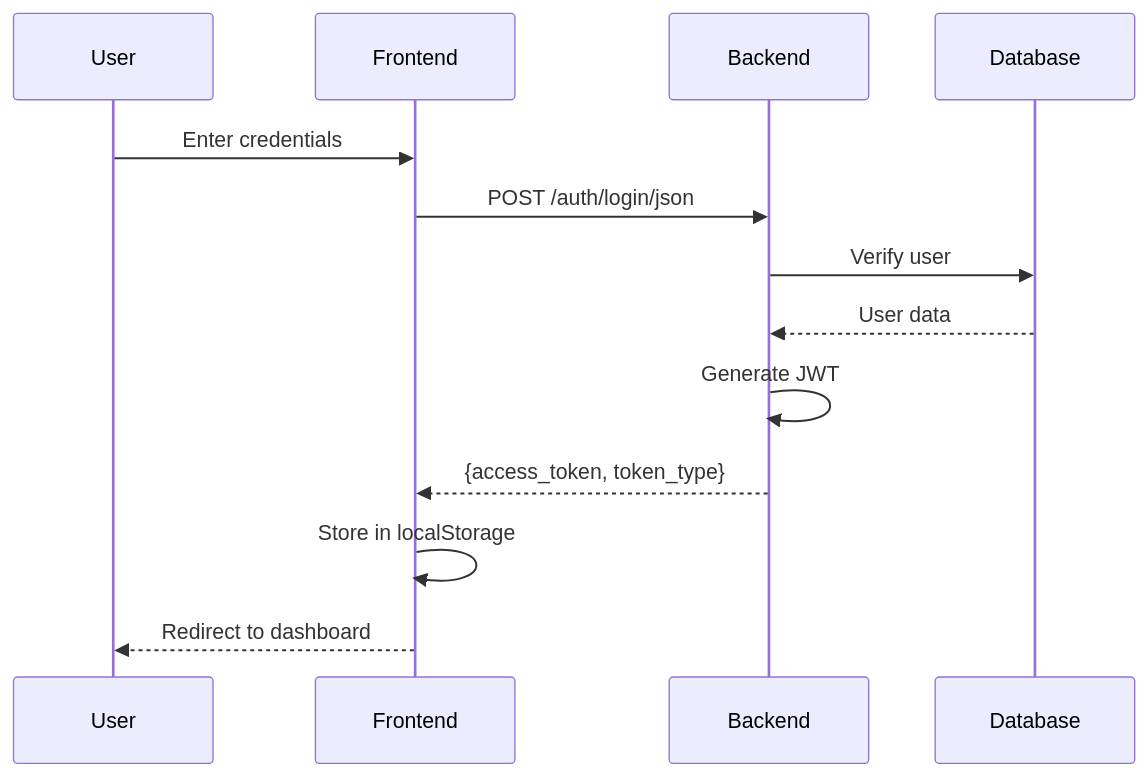
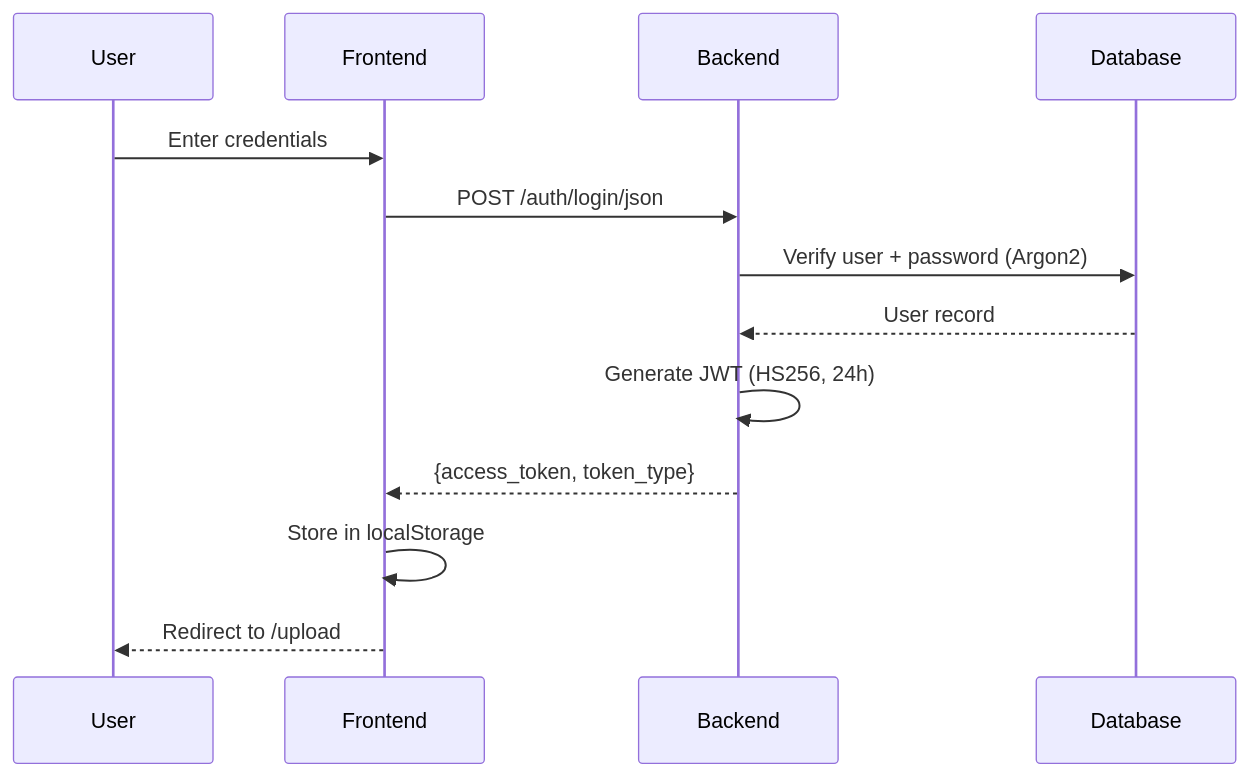
The first of 2 diagrams in Docs/API.md (LAIBAASIM555/AI-powered-Resume-Optimization-and-Job-Description-Alignment-SaaS-Application), drawn with Mermaid before and after one commit. The commit also changed other lines of this file and 6 other files, not shown here.

````diff
--- a/Docs/API.md
+++ b/Docs/API.md
@@ -17,16 +21,16 @@
 ```mermaid
 sequenceDiagram
     participant User
     participant Frontend
     participant Backend
     participant Database
-    
+
     User->>Frontend: Enter credentials
     Frontend->>Backend: POST /auth/login/json
-    Backend->>Database: Verify user
-    Database-->>Backend: User data
-    Backend->>Backend: Generate JWT
+    Backend->>Database: Verify user + password (Argon2)
+    Database-->>Backend: User record
+    Backend->>Backend: Generate JWT (HS256, 24h)
     Backend-->>Frontend: {access_token, token_type}
     Frontend->>Frontend: Store in localStorage
-    Frontend-->>User: Redirect to dashboard
+    Frontend-->>User: Redirect to /upload
 ```
````
